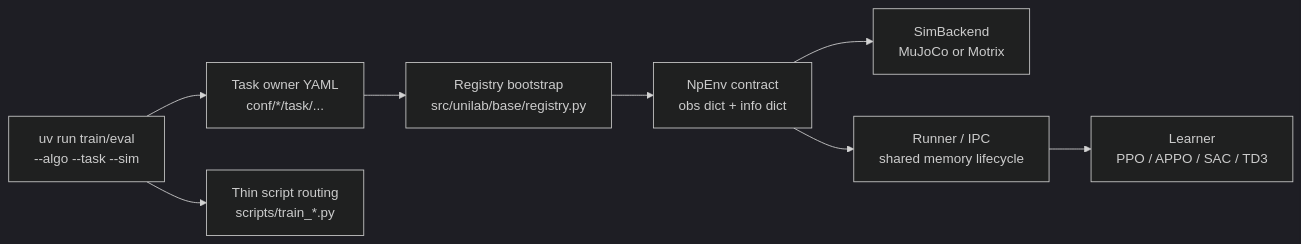
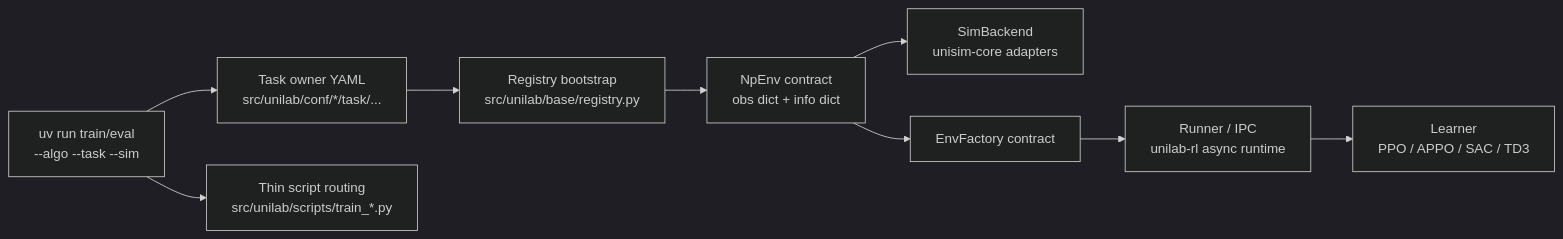
One commit to Motphys/UniLab changed the diagram in docs/sphinx/source/en/0-index.md. Above: the diagram before and after it, drawn with Mermaid (dark theme). The commit also changed other lines of this file and 1105 other files, not shown here.

First line of the commit message:
feat: Manager-Based API 迁移与多后端/拆包收口（roadmap #1042） (#1497)

````diff
--- a/docs/sphinx/source/en/0-index.md
+++ b/docs/sphinx/source/en/0-index.md
@@ -126,10 +132,11 @@
 ```{mermaid}
 flowchart LR
-  cli["uv run train/eval<br/>--algo --task --sim"] --> owner["Task owner YAML<br/>conf/*/task/..."]
-  cli --> script["Thin script routing<br/>scripts/train_*.py"]
+  cli["uv run train/eval<br/>--algo --task --sim"] --> owner["Task owner YAML<br/>src/unilab/conf/*/task/..."]
+  cli --> script["Thin script routing<br/>src/unilab/scripts/train_*.py"]
   owner --> registry["Registry bootstrap<br/>src/unilab/base/registry.py"]
   registry --> env["NpEnv contract<br/>obs dict + info dict"]
-  env --> backend["SimBackend<br/>MuJoCo or Motrix"]
-  env --> runtime["Runner / IPC<br/>shared memory lifecycle"]
+  env --> backend["SimBackend<br/>unisim-core adapters"]
+  env --> factory["EnvFactory contract"]
+  factory --> runtime["Runner / IPC<br/>unilab-rl async runtime"]
   runtime --> learner["Learner<br/>PPO / APPO / SAC / TD3"]
 ```
````
